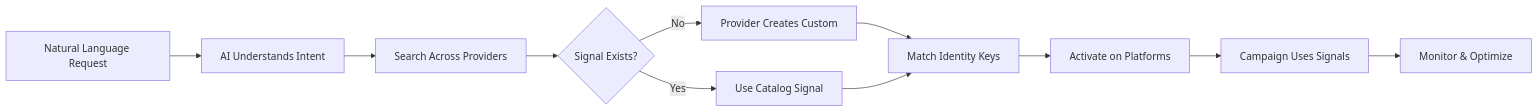
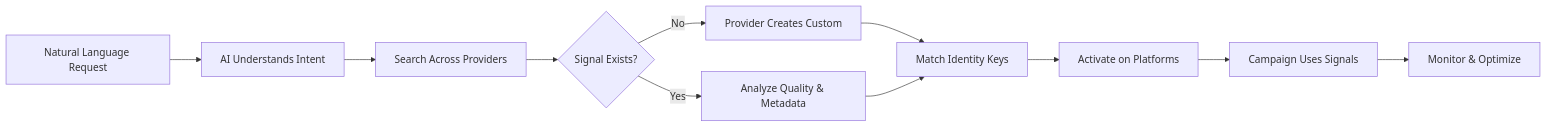
The diagram in docs/signals/overview.md (adcontextprotocol/adcp), drawn with Mermaid before and after one commit. The commit also changed other lines of this file, not shown here.

````diff
--- a/docs/signals/overview.md
+++ b/docs/signals/overview.md
@@ -223,13 +265,13 @@
 ```mermaid
 flowchart LR
     A[Natural Language Request] --> B[AI Understands Intent]
     B --> C[Search Across Providers]
     C --> D{Signal Exists?}
     D -->|No| E[Provider Creates Custom]
-    D -->|Yes| F[Use Catalog Signal]
+    D -->|Yes| F[Analyze Quality & Metadata]
     E --> G[Match Identity Keys]
     F --> G
     G --> H[Activate on Platforms]
     H --> I[Campaign Uses Signals]
     I --> J[Monitor & Optimize]
 ```
````
